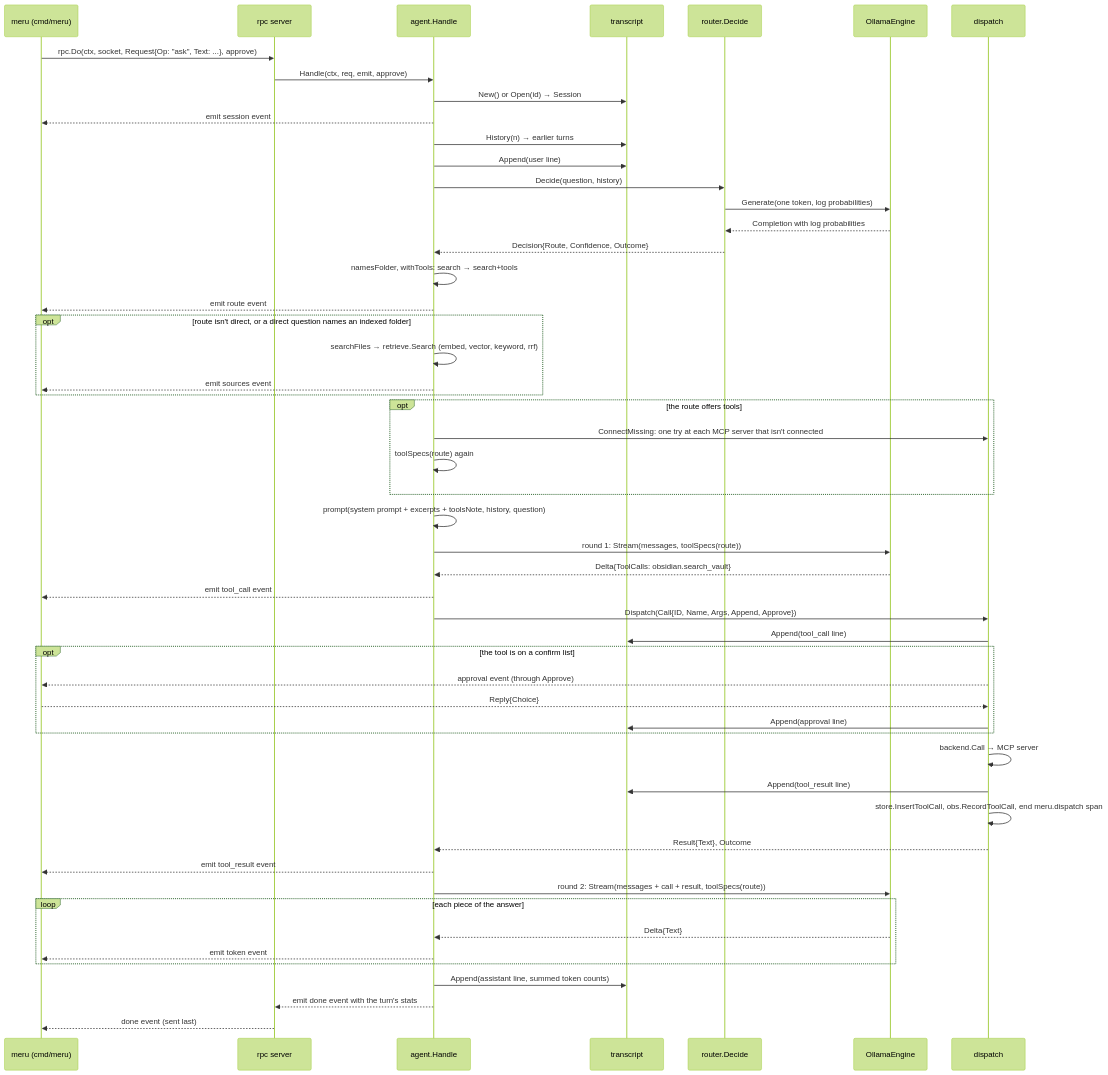
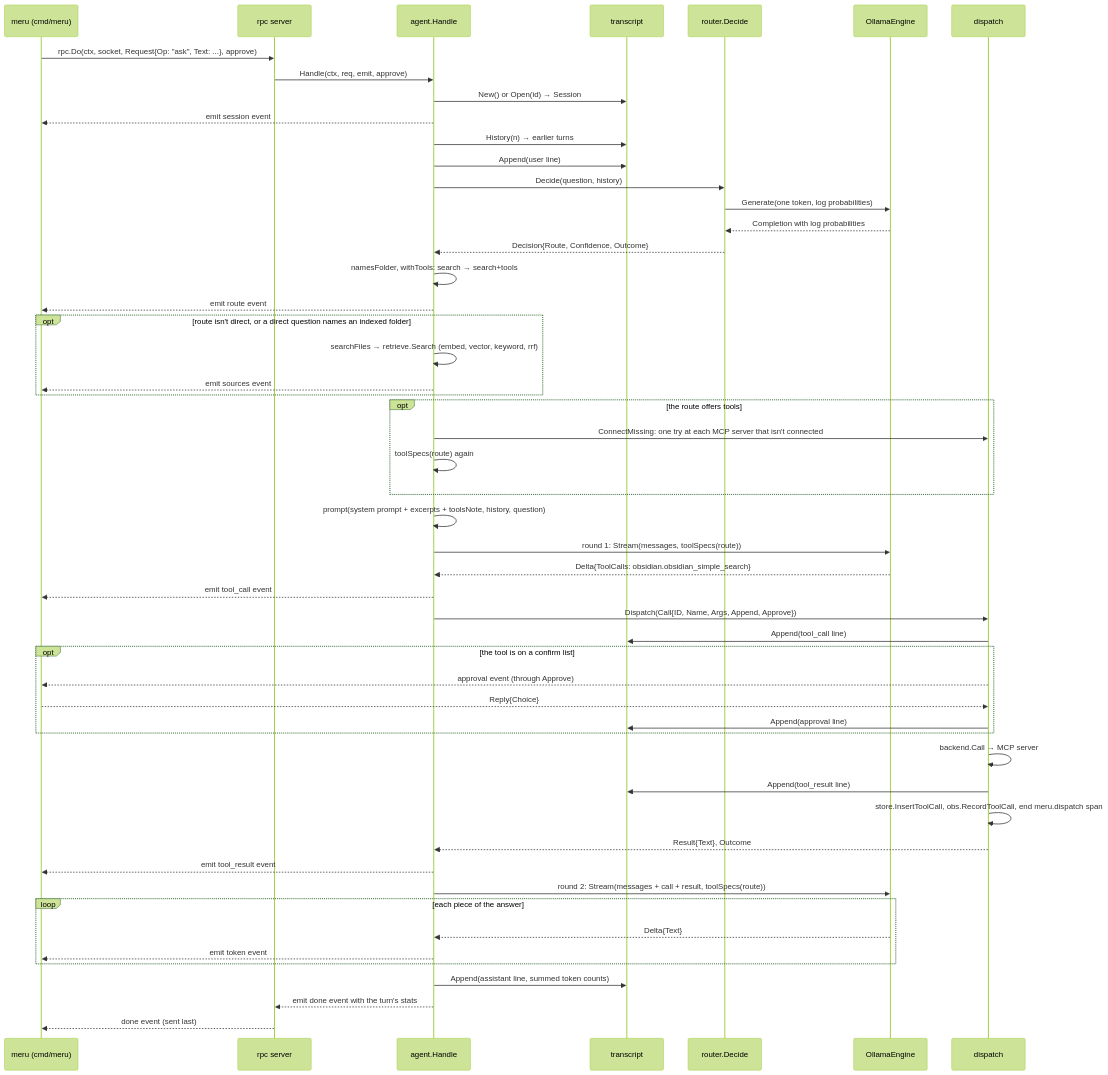
One commit to aarora79/meru changed the third of 3 diagrams in docs/lld.md. Above: the diagram before and after it, drawn with Mermaid (forest theme). The commit also changed other lines of this file and 11 other files, not shown here.

````diff
--- a/docs/lld.md
+++ b/docs/lld.md
@@ -471,55 +471,55 @@
 ```mermaid
 sequenceDiagram
     participant U as meru (cmd/meru)
     participant S as rpc server
     participant A as agent.Handle
     participant T as transcript
     participant RT as router.Decide
     participant E as OllamaEngine
     participant D as dispatch
 
     U->>S: rpc.Do(ctx, socket, Request{Op: "ask", Text: ...}, approve)
     S->>A: Handle(ctx, req, emit, approve)
     A->>T: New() or Open(id) → Session
     A-->>U: emit session event
     A->>T: History(n) → earlier turns
     A->>T: Append(user line)
     A->>RT: Decide(question, history)
     RT->>E: Generate(one token, log probabilities)
     E-->>RT: Completion with log probabilities
     RT-->>A: Decision{Route, Confidence, Outcome}
     A->>A: namesFolder, withTools: search → search+tools
     A-->>U: emit route event
     opt route isn't direct, or a direct question names an indexed folder
         A->>A: searchFiles → retrieve.Search (embed, vector, keyword, rrf)
         A-->>U: emit sources event
     end
     opt the route offers tools
         A->>D: ConnectMissing: one try at each MCP server that isn't connected
         A->>A: toolSpecs(route) again
     end
     A->>A: prompt(system prompt + excerpts + toolsNote, history, question)
     A->>E: round 1: Stream(messages, toolSpecs(route))
-    E-->>A: Delta{ToolCalls: obsidian.search_vault}
+    E-->>A: Delta{ToolCalls: obsidian.obsidian_simple_search}
     A-->>U: emit tool_call event
     A->>D: Dispatch(Call{ID, Name, Args, Append, Approve})
     D->>T: Append(tool_call line)
     opt the tool is on a confirm list
         D-->>U: approval event (through Approve)
         U-->>D: Reply{Choice}
         D->>T: Append(approval line)
     end
     D->>D: backend.Call → MCP server
     D->>T: Append(tool_result line)
     D->>D: store.InsertToolCall, obs.RecordToolCall, end meru.dispatch span
     D-->>A: Result{Text}, Outcome
     A-->>U: emit tool_result event
     A->>E: round 2: Stream(messages + call + result, toolSpecs(route))
     loop each piece of the answer
         E-->>A: Delta{Text}
         A-->>U: emit token event
     end
     A->>T: Append(assistant line, summed token counts)
     A-->>S: emit done event with the turn's stats
     S-->>U: done event (sent last)
 ```
````
